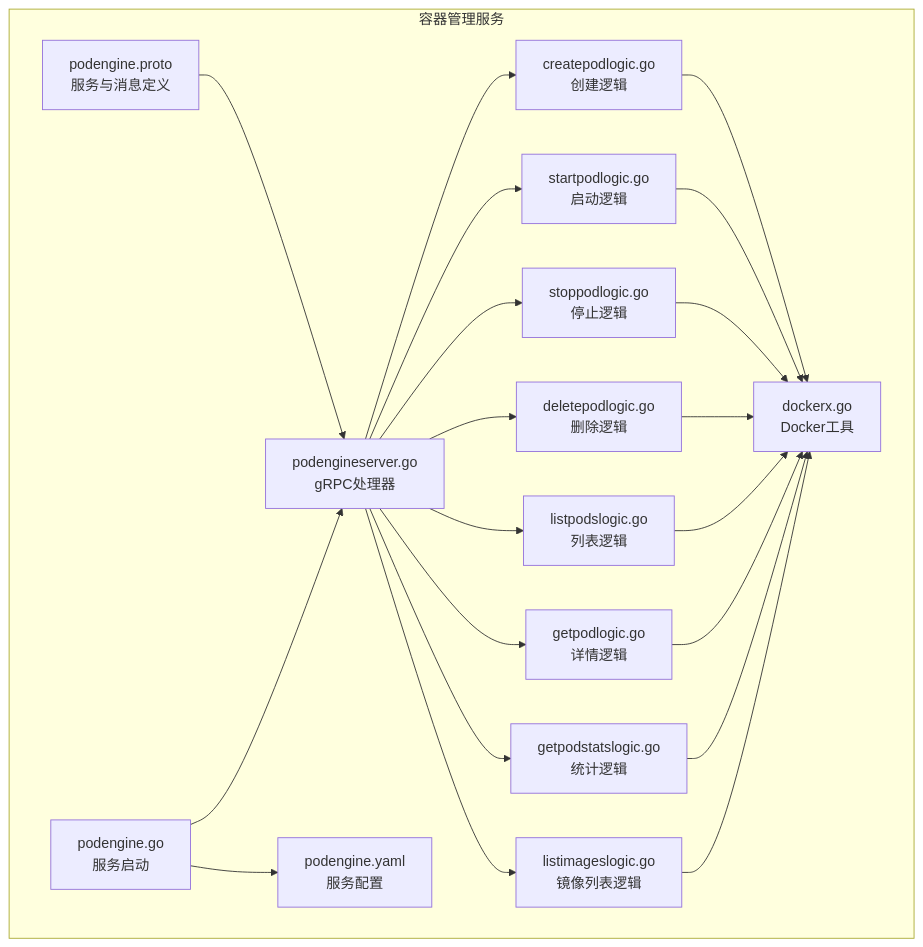
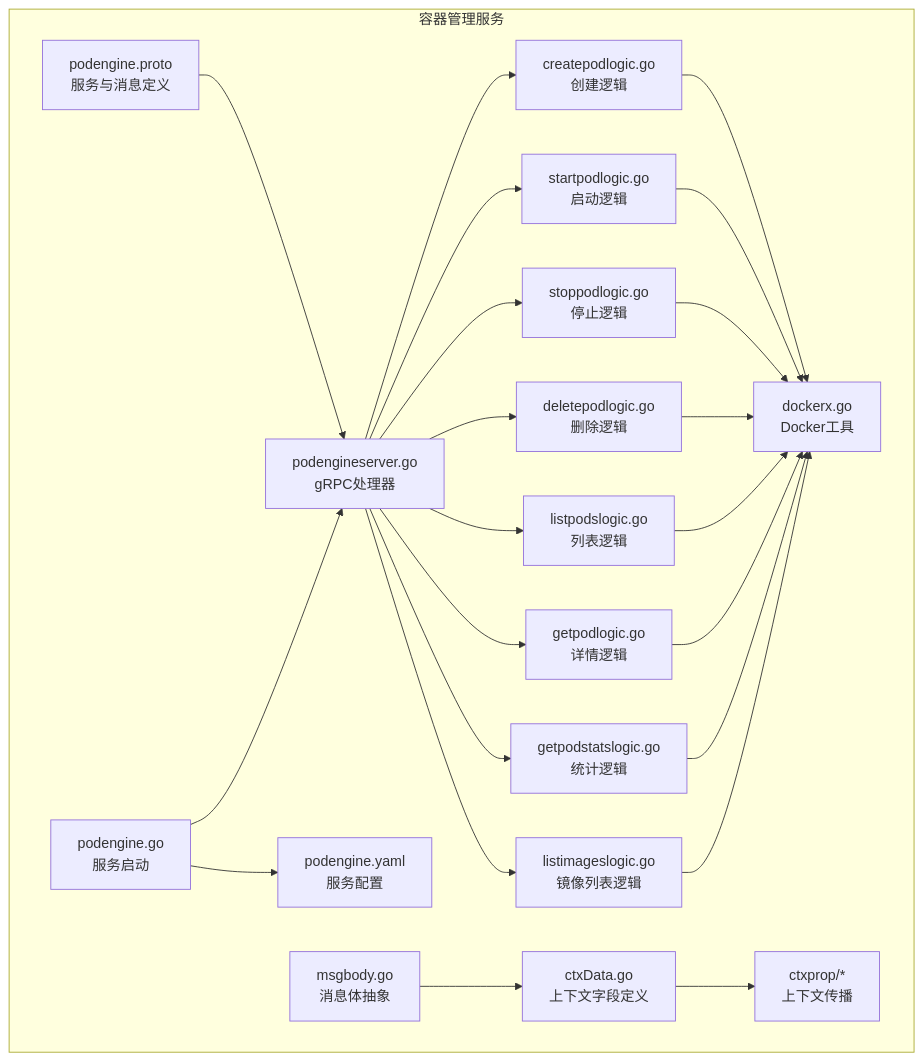
One commit to maomao94/zero-service changed the first of 9 diagrams in .qoder/repowiki/zh/content/API参考文档/gRPC API接口/容器管理服务API.md. Above: the diagram before and after it, drawn with Mermaid. The commit also changed other lines of this file and 19 other files, not shown here.

````diff
--- a/.qoder/repowiki/zh/content/API参考文档/gRPC API接口/容器管理服务API.md
+++ b/.qoder/repowiki/zh/content/API参考文档/gRPC API接口/容器管理服务API.md
@@ -52,37 +67,42 @@
 ```mermaid
 graph TB
 subgraph "容器管理服务"
 Proto["podengine.proto<br/>服务与消息定义"]
 Server["podengineserver.go<br/>gRPC处理器"]
 LogicCreate["createpodlogic.go<br/>创建逻辑"]
 LogicStart["startpodlogic.go<br/>启动逻辑"]
 LogicStop["stoppodlogic.go<br/>停止逻辑"]
 LogicDelete["deletepodlogic.go<br/>删除逻辑"]
 LogicList["listpodslogic.go<br/>列表逻辑"]
 LogicGet["getpodlogic.go<br/>详情逻辑"]
 LogicStats["getpodstatslogic.go<br/>统计逻辑"]
 LogicImages["listimageslogic.go<br/>镜像列表逻辑"]
 DockerX["dockerx.go<br/>Docker工具"]
 Entry["podengine.go<br/>服务启动"]
 Cfg["podengine.yaml<br/>服务配置"]
+MsgBody["msgbody.go<br/>消息体抽象"]
+CtxData["ctxData.go<br/>上下文字段定义"]
+CtxProp["ctxprop/*<br/>上下文传播"]
 end
 Proto --> Server
 Server --> LogicCreate
 Server --> LogicStart
 Server --> LogicStop
 Server --> LogicDelete
 Server --> LogicList
 Server --> LogicGet
 Server --> LogicStats
 Server --> LogicImages
 LogicCreate --> DockerX
 LogicStart --> DockerX
 LogicStop --> DockerX
 LogicDelete --> DockerX
 LogicList --> DockerX
 LogicGet --> DockerX
 LogicStats --> DockerX
 LogicImages --> DockerX
 Entry --> Server
 Entry --> Cfg
+MsgBody --> CtxData
+CtxData --> CtxProp
 ```
````
